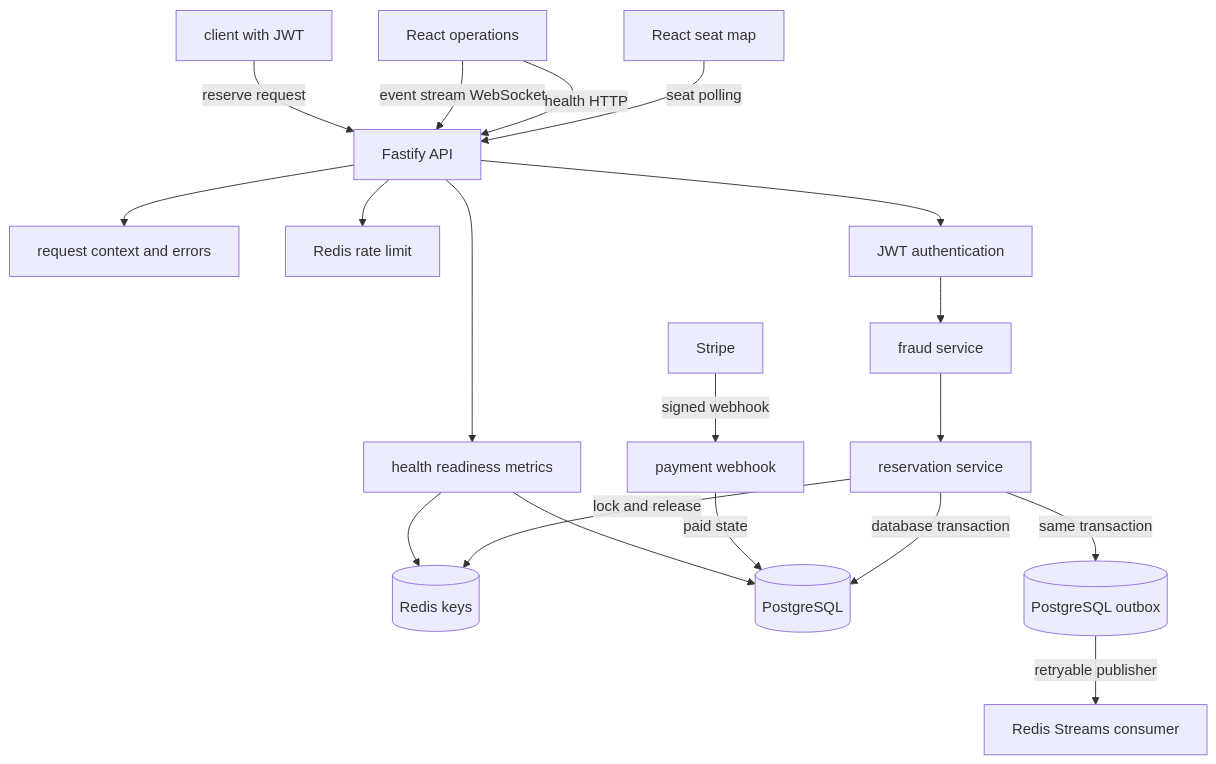
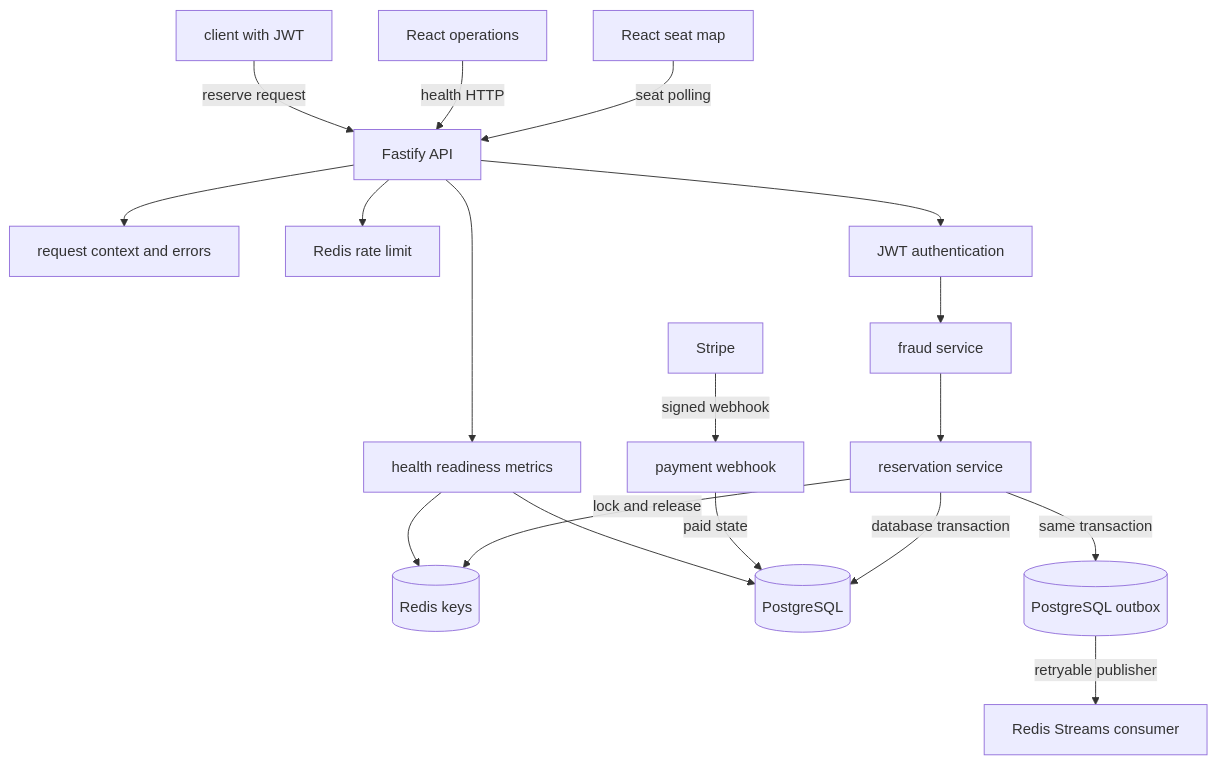
The first of 3 diagrams in docs/ARCHITECTURE.md (genesisgzdev/Project-MegaTicketing), drawn with Mermaid before and after one commit. The commit also changed other lines of this file and 8 other files, not shown here.

```diff
--- a/docs/ARCHITECTURE.md
+++ b/docs/ARCHITECTURE.md
@@ -11,21 +11,20 @@
 ~~~mermaid
 flowchart TB
     WEB[React seat map] -->|seat polling| HTTP[Fastify API]
     OPS[React operations] -->|health HTTP| HTTP
-    OPS -->|event stream WebSocket| HTTP
     CLIENT[client with JWT] -->|reserve request| HTTP
     HTTP --> CTX[request context and errors]
     HTTP --> RL[Redis rate limit]
     HTTP --> AUTH[JWT authentication]
     AUTH --> FRAUD[fraud service]
     FRAUD --> RES[reservation service]
     RES -->|lock and release| R[(Redis keys)]
     RES -->|database transaction| DB[(PostgreSQL)]
     RES -->|same transaction| OUT[(PostgreSQL outbox)]
     OUT -->|retryable publisher| ORD[Redis Streams consumer]
     STRIPE[Stripe] -->|signed webhook| PAY[payment webhook]
     PAY -->|paid state| DB
     HTTP --> HEALTH[health readiness metrics]
     HEALTH --> DB
     HEALTH --> R
 ~~~
```
